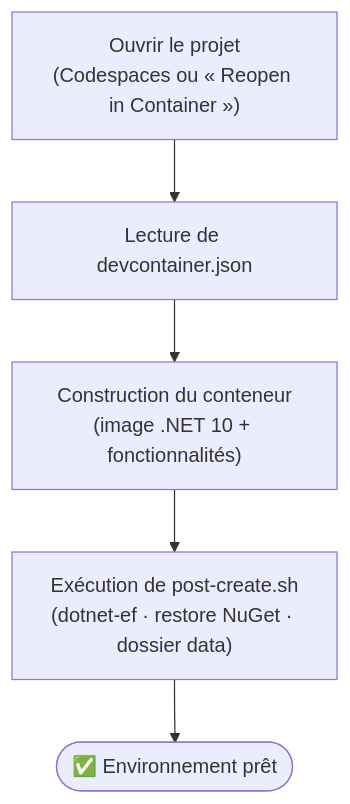
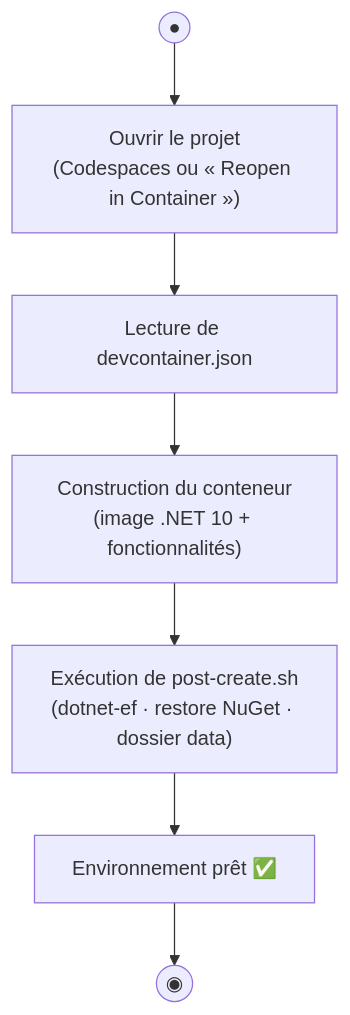
The first of 2 diagrams in TP0_GUIDE.md (BTS1-SIO-SLAM-LSW/playlist-csharp), drawn with Mermaid before and after one commit. The commit also changed other lines of this file and 6 other files, not shown here.

````diff
--- a/TP0_GUIDE.md
+++ b/TP0_GUIDE.md
@@ -41,7 +41,9 @@
 ```mermaid
 flowchart TD
-    A["Ouvrir le projet<br/>(Codespaces ou « Reopen in Container »)"] --> B["Lecture de devcontainer.json"]
+    ini(("●")) --> A["Ouvrir le projet<br/>(Codespaces ou « Reopen in Container »)"]
+    A --> B["Lecture de devcontainer.json"]
     B --> C["Construction du conteneur<br/>(image .NET 10 + fonctionnalités)"]
     C --> D["Exécution de post-create.sh<br/>(dotnet-ef · restore NuGet · dossier data)"]
-    D --> E(["✅ Environnement prêt"])
+    D --> E["Environnement prêt ✅"]
+    E --> fin(("◉"))
 ```
````
